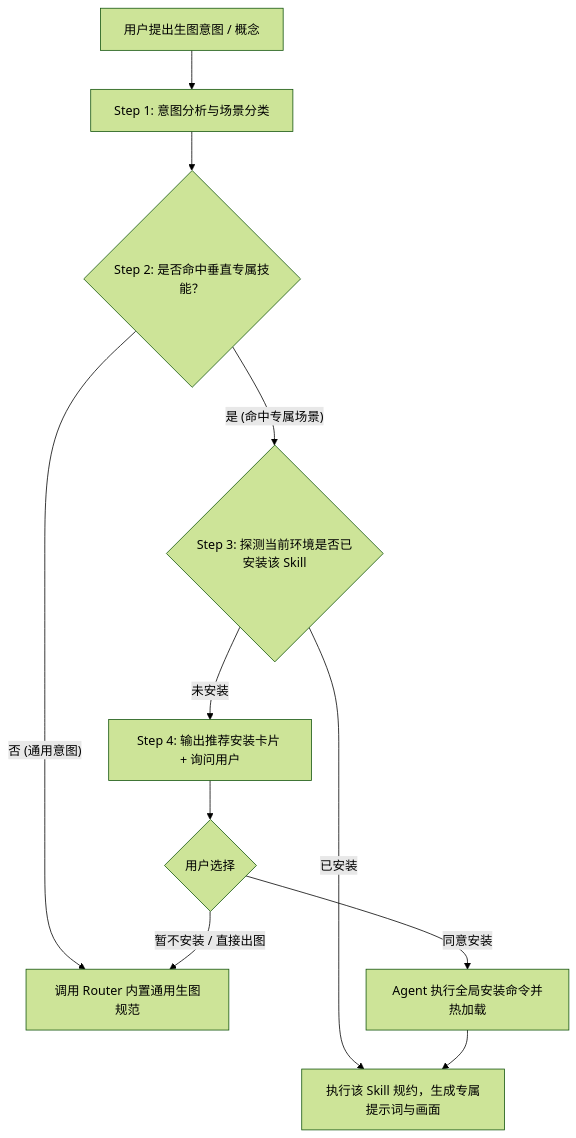
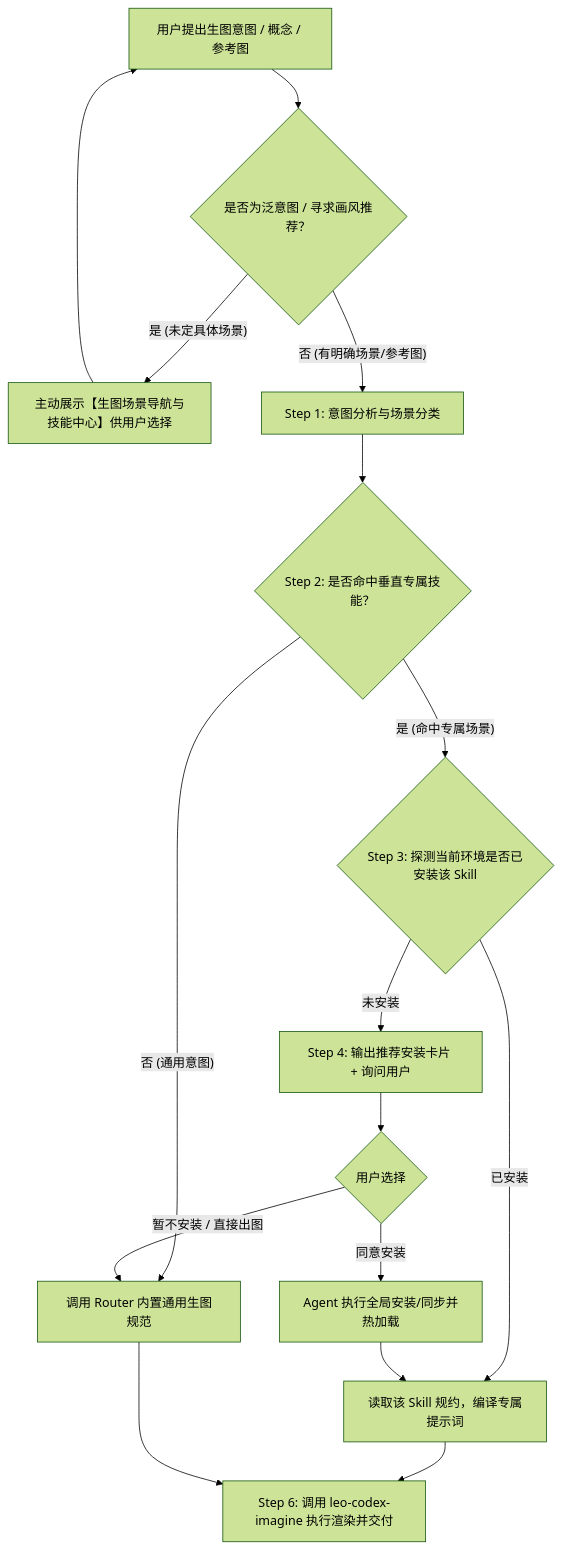
One commit to zlpawn/shrimp changed the diagram in lib/skills/leo-imagine-router/SKILL.md. Above: the diagram before and after it, drawn with Mermaid (forest theme). The commit also changed other lines of this file and 2 other files, not shown here.

Commit message:
feat(skills): expand leo-imagine-router with gathered-scenes, mono-color, and photo-abstract skills

````diff
--- a/lib/skills/leo-imagine-router/SKILL.md
+++ b/lib/skills/leo-imagine-router/SKILL.md
@@ -21,12 +22,17 @@
 ```mermaid
 flowchart TD
-    A["用户提出生图意图 / 概念"] --> B["Step 1: 意图分析与场景分类"]
-    B --> C{"Step 2: 是否命中垂直专属技能？"}
-    C -- "否 (通用意图)" --> D["调用 Router 内置通用生图规范"]
-    C -- "是 (命中专属场景)" --> E{"Step 3: 探测当前环境是否已安装该 Skill"}
-    E -- "已安装" --> F["执行该 Skill 规约，生成专属提示词与画面"]
-    E -- "未安装" --> G["Step 4: 输出推荐安装卡片 + 询问用户"]
-    G --> H{"用户选择"}
-    H -- "同意安装" --> I["Agent 执行全局安装命令并热加载"] --> F
-    H -- "暂不安装 / 直接出图" --> D
+    A["用户提出生图意图 / 概念 / 参考图"] --> B{"是否为泛意图 / 寻求画风推荐？"}
+    B -- "是 (未定具体场景)" --> C["主动展示【生图场景导航与技能中心】供用户选择"]
+    B -- "否 (有明确场景/参考图)" --> D["Step 1: 意图分析与场景分类"]
+    C --> A
+    D --> E{"Step 2: 是否命中垂直专属技能？"}
+    E -- "否 (通用意图)" --> F["调用 Router 内置通用生图规范"]
+    E -- "是 (命中专属场景)" --> G{"Step 3: 探测当前环境是否已安装该 Skill"}
+    G -- "已安装" --> H["读取该 Skill 规约，编译专属提示词"]
+    G -- "未安装" --> I["Step 4: 输出推荐安装卡片 + 询问用户"]
+    I --> J{"用户选择"}
+    J -- "同意安装" --> K["Agent 执行全局安装/同步并热加载"] --> H
+    J -- "暂不安装 / 直接出图" --> F
+    H --> L["Step 6: 调用 leo-codex-imagine 执行渲染并交付"]
+    F --> L
 ```
````
